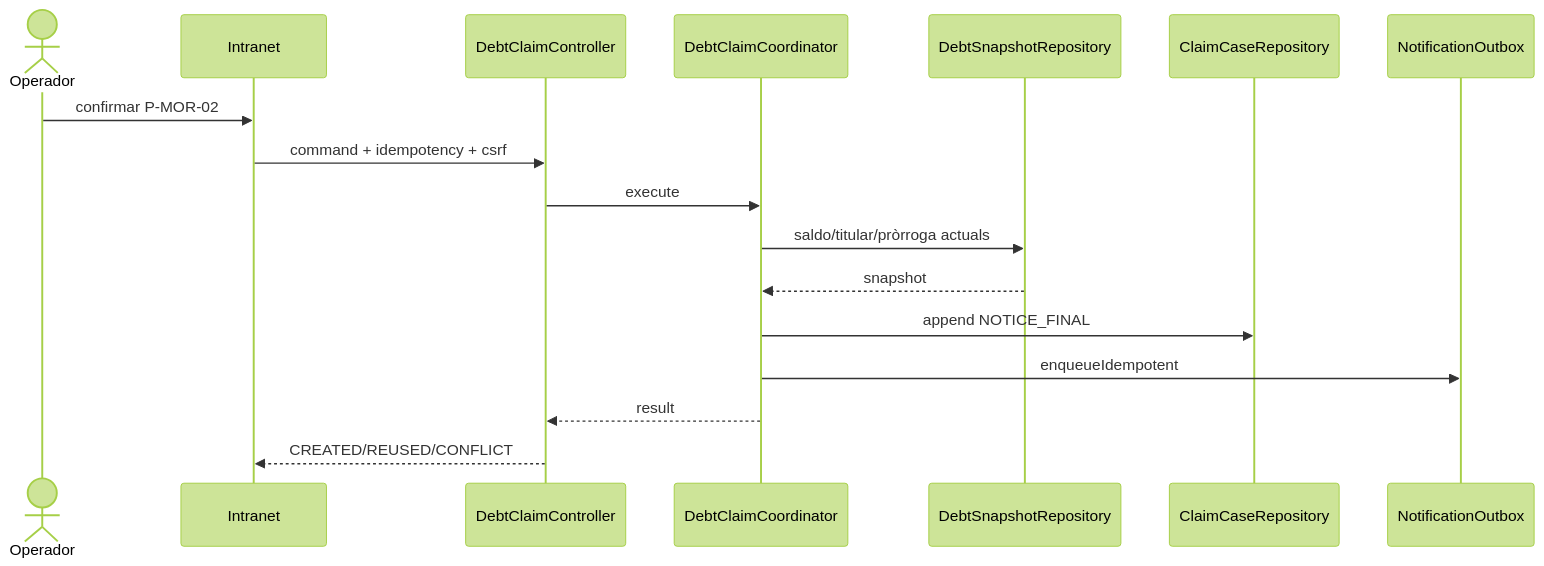
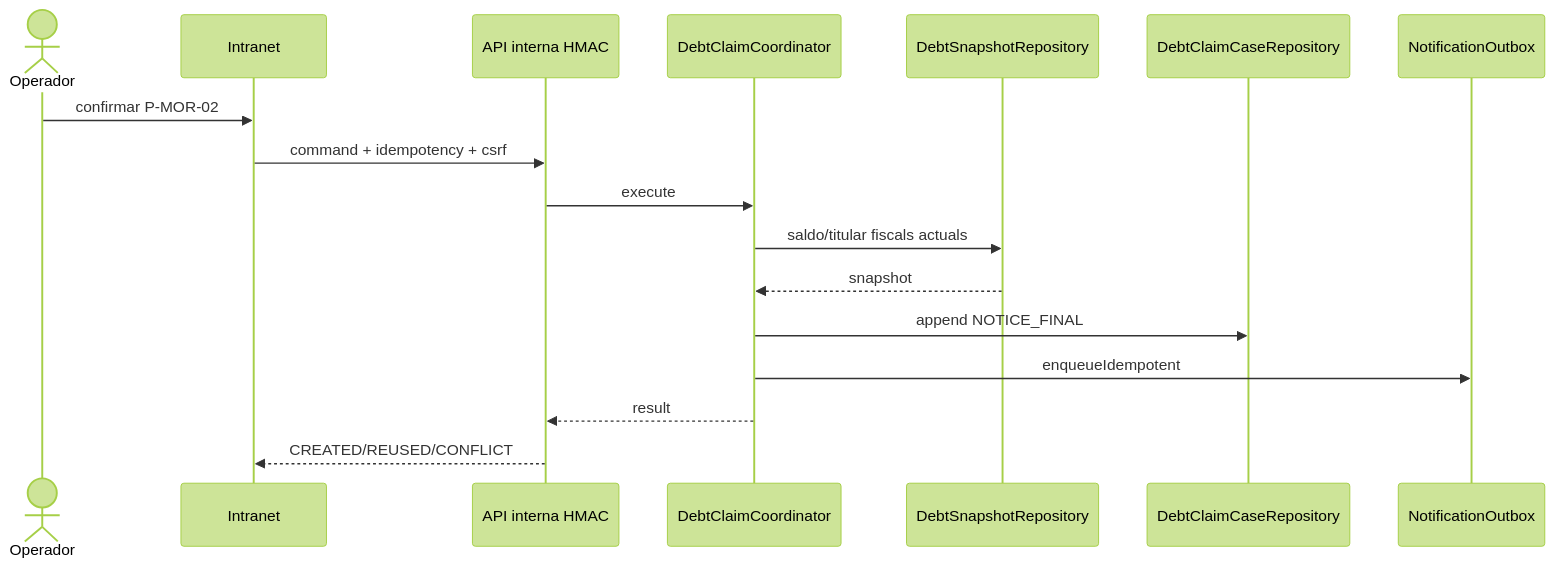
One commit to orgmeriemprismacat-del/verifactu changed the second of 7 diagrams in documentacio/07-uml-integrat/uc-012-sequencies-activitats-actual-final.md. Above: the diagram before and after it, drawn with Mermaid (forest theme). The commit also changed other lines of this file, not shown here.

````diff
--- a/documentacio/07-uml-integrat/uc-012-sequencies-activitats-actual-final.md
+++ b/documentacio/07-uml-integrat/uc-012-sequencies-activitats-actual-final.md
@@ -24,19 +24,19 @@
 ```mermaid
 sequenceDiagram
 actor O as Operador
 participant UI as Intranet
-participant C as DebtClaimController
+participant C as API interna HMAC
 participant D as DebtClaimCoordinator
 participant R as DebtSnapshotRepository
-participant CR as ClaimCaseRepository
+participant CR as DebtClaimCaseRepository
 participant OX as NotificationOutbox
 O->>UI: confirmar P-MOR-02
 UI->>C: command + idempotency + csrf
 C->>D: execute
-D->>R: saldo/titular/pròrroga actuals
+D->>R: saldo/titular fiscals actuals
 R-->>D: snapshot
 D->>CR: append NOTICE_FINAL
 D->>OX: enqueueIdempotent
 D-->>C: result
 C-->>UI: CREATED/REUSED/CONFLICT
 ```
````
